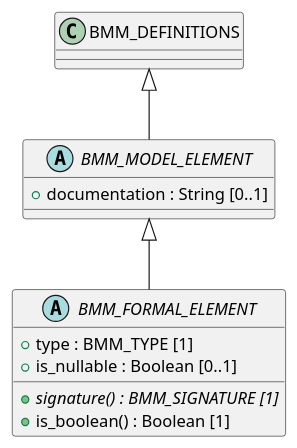
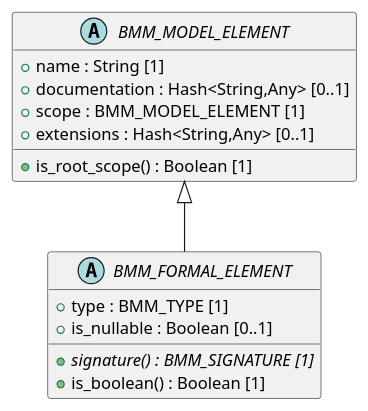
The diagram in code/Adoc/openehr_lang_1.1.0/plantUML/packages/org.openehr.lang.bmm.core.adoc (sebastian-iancu/code-generator), drawn with PlantUML before and after one commit. The commit also changed 719 other files, not shown here.

```diff
--- a/code/Adoc/openehr_lang_1.1.0/plantUML/packages/org.openehr.lang.bmm.core.adoc
+++ b/code/Adoc/openehr_lang_1.1.0/plantUML/packages/org.openehr.lang.bmm.core.adoc
@@ -1,20 +1,23 @@
 [plantuml,core,format=svg,svg-type="inline"]
 -----
 @startuml
 
 abstract class BMM_MODEL_ELEMENT {
-  + documentation : String [0..1]
+  + name : String [1]
+  + documentation : Hash<String,Any> [0..1]
+  + scope : BMM_MODEL_ELEMENT [1]
+  + extensions : Hash<String,Any> [0..1]
+  + is_root_scope() : Boolean [1]
 }
 
 abstract class BMM_FORMAL_ELEMENT {
   + type : BMM_TYPE [1]
   + is_nullable : Boolean [0..1]
   + {abstract} signature() : BMM_SIGNATURE [1]
   + is_boolean() : Boolean [1]
 }
 
-BMM_DEFINITIONS <|-- BMM_MODEL_ELEMENT
 BMM_MODEL_ELEMENT <|-- BMM_FORMAL_ELEMENT
 
 @enduml
 -----
```
